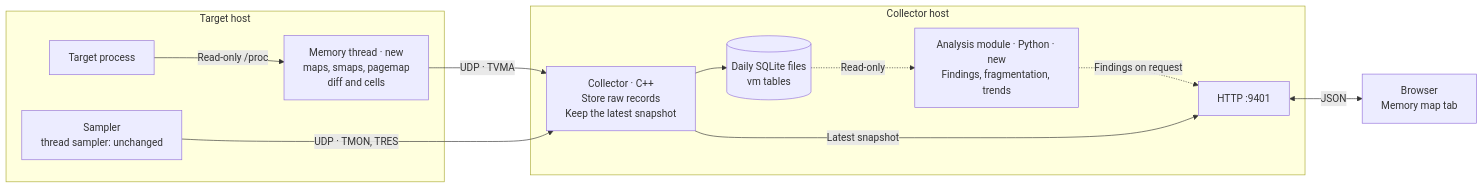
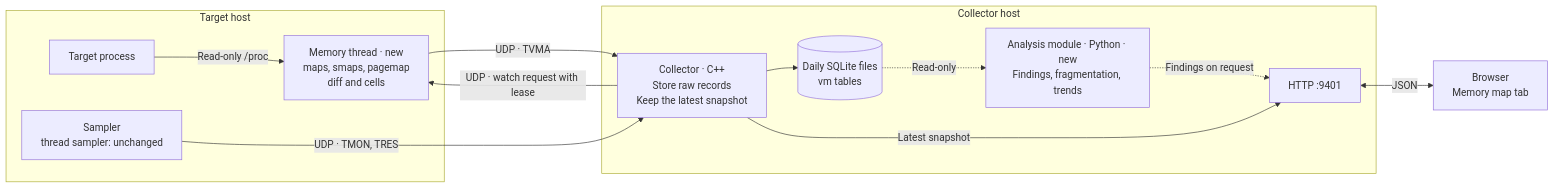
The diagram in docs/process-memory-map-design.md (breakbadsp/triangulator), drawn with Mermaid before and after one commit. The commit also changed other lines of this file, not shown here.

````diff
--- a/docs/process-memory-map-design.md
+++ b/docs/process-memory-map-design.md
@@ -147,25 +147,26 @@
 ```mermaid
 flowchart LR
     subgraph target_host["Target host"]
         target["Target process"]
         sampler["Sampler<br/>thread sampler: unchanged"]
         vmthread["Memory thread · new<br/>maps, smaps, pagemap<br/>diff and cells"]
         target -->|"Read-only /proc"| vmthread
         sampler ~~~ vmthread
     end
 
     subgraph collector_host["Collector host"]
         collector["Collector · C++<br/>Store raw records<br/>Keep the latest snapshot"]
         db[("Daily SQLite files<br/>vm tables")]
         http["HTTP :9401"]
         analysis["Analysis module · Python · new<br/>Findings, fragmentation, trends"]
         collector --> db
         collector -->|"Latest snapshot"| http
         db -.->|"Read-only"| analysis
         analysis -.->|"Findings on request"| http
     end
 
     sampler -->|"UDP · TMON, TRES"| collector
     vmthread -->|"UDP · TVMA"| collector
+    collector -->|"UDP · watch request with lease"| vmthread
     http <-->|"JSON"| browser["Browser<br/>Memory map tab"]
 ```
````
